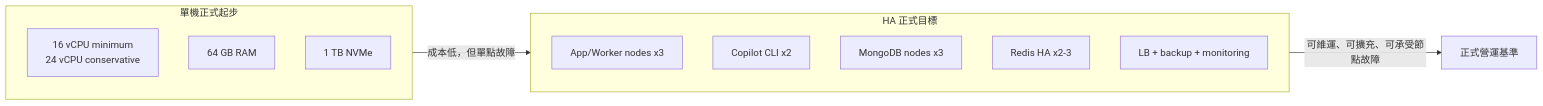
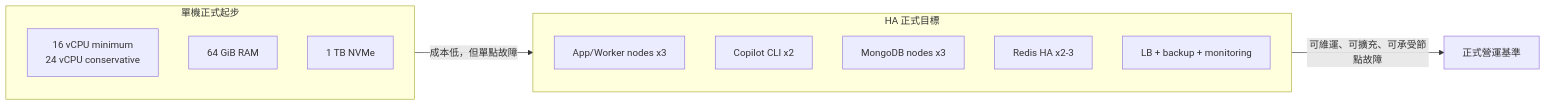
The tenth of 17 diagrams in production-resource-architecture-proposal.md (chunkai1312/temp), drawn with Mermaid before and after one commit. The commit also changed other lines of this file, not shown here.

````diff
--- a/production-resource-architecture-proposal.md
+++ b/production-resource-architecture-proposal.md
@@ -421,17 +419,17 @@
 ```mermaid
 flowchart LR
   subgraph SINGLE["單機正式起步"]
     S1["16 vCPU minimum\n24 vCPU conservative"]
-    S2["64 GB RAM"]
+    S2["64 GiB RAM"]
     S3["1 TB NVMe"]
   end
   subgraph HA["HA 正式目標"]
     A1["App/Worker nodes x3"]
     C1["Copilot CLI x2"]
     D1["MongoDB nodes x3"]
     R1["Redis HA x2-3"]
     B1["LB + backup + monitoring"]
   end
   SINGLE -->|"成本低，但單點故障"| HA
   HA -->|"可維運、可擴充、可承受節點故障"| PROD["正式營運基準"]
 ```
````
